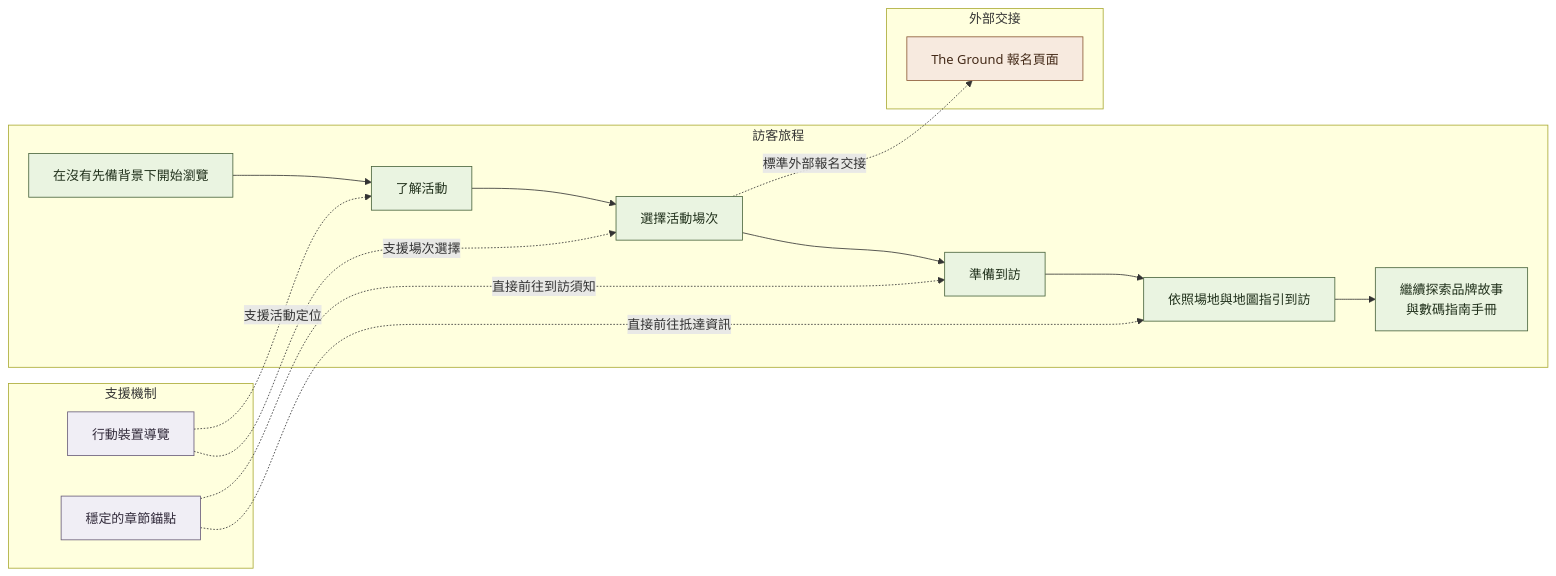
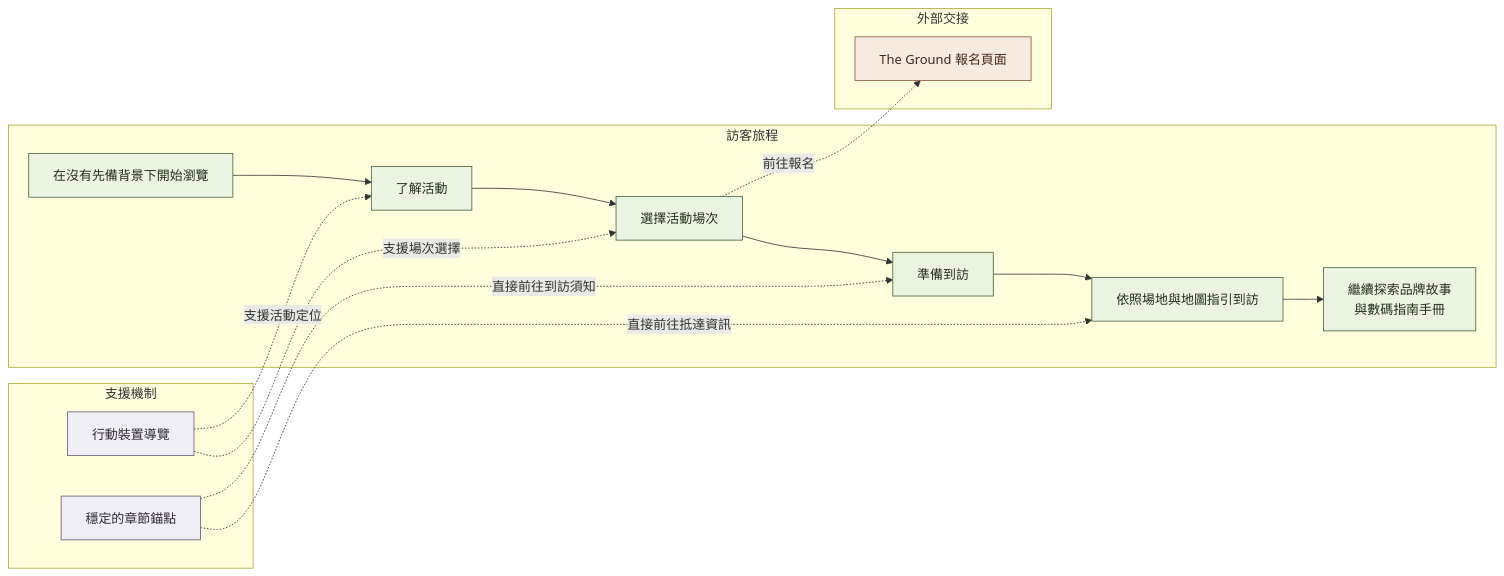
One commit to jackyngtf/wellness-village-event-platform changed the diagram in docs/diagrams/visitor-journey.zh-Hant.mmd. Above: the diagram before and after it, drawn with Mermaid. The commit also changed 55 other files, not shown here.

```diff
--- a/docs/diagrams/visitor-journey.zh-Hant.mmd
+++ b/docs/diagrams/visitor-journey.zh-Hant.mmd
@@ -1,37 +1,37 @@
 flowchart LR
     subgraph JOURNEY[訪客旅程]
         ARRIVE[在沒有先備背景下開始瀏覽]
         UNDERSTAND[了解活動]
         CHOOSE[選擇活動場次]
         PREPARE[準備到訪]
         VISIT[依照場地與地圖指引到訪]
         CONTINUE[繼續探索品牌故事<br/>與數碼指南手冊]
     end
 
     subgraph SUPPORT[支援機制]
         MOBILE_NAV[行動裝置導覽]
         STABLE_ANCHORS[穩定的章節錨點]
     end
 
     subgraph EXTERNAL[外部交接]
         BOOKING[The Ground 報名頁面]
     end
 
     ARRIVE --> UNDERSTAND
     UNDERSTAND --> CHOOSE
     CHOOSE --> PREPARE
     PREPARE --> VISIT
     VISIT --> CONTINUE
 
     MOBILE_NAV -.->|支援活動定位| UNDERSTAND
     MOBILE_NAV -.->|支援場次選擇| CHOOSE
     STABLE_ANCHORS -.->|直接前往到訪須知| PREPARE
     STABLE_ANCHORS -.->|直接前往抵達資訊| VISIT
-    CHOOSE -.->|標準外部報名交接| BOOKING
+    CHOOSE -.->|前往報名| BOOKING
 
     classDef journey fill:#eaf4e1,stroke:#48633c,color:#20301b
     classDef support fill:#f0eef5,stroke:#675b79,color:#312a3a
     classDef external fill:#f7eadf,stroke:#8a5834,color:#442a18
     class ARRIVE,UNDERSTAND,CHOOSE,PREPARE,VISIT,CONTINUE journey
     class MOBILE_NAV,STABLE_ANCHORS support
     class BOOKING external
```
